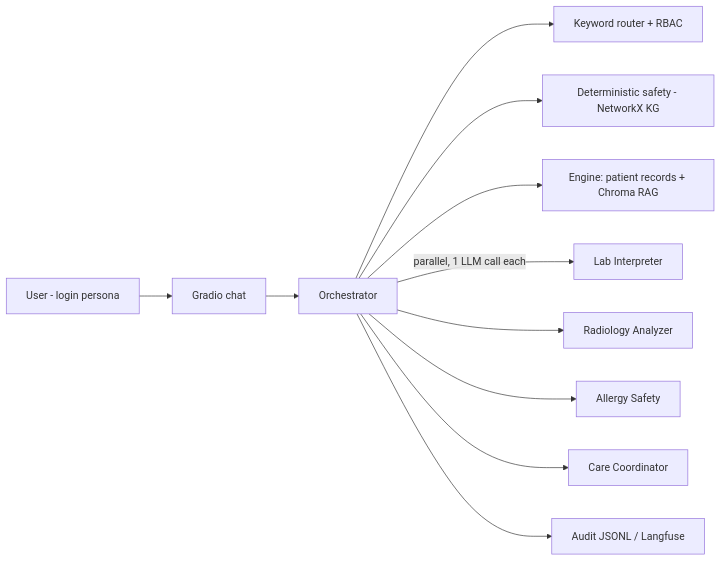
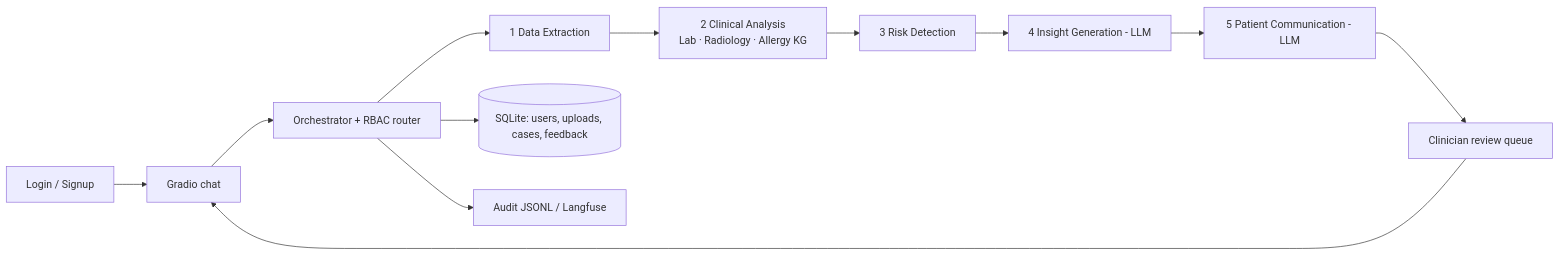
The diagram in README.md (surisuraj9/ClinicalChat), drawn with Mermaid before and after one commit. The commit also changed other lines of this file and 22 other files, not shown here.

First line of the commit message:
ClinicalChat v2: 5-agent clinical workflow, patient signup, uploads and clinician review

````diff
--- a/README.md
+++ b/README.md
@@ -57,13 +36,14 @@
 ```mermaid
 flowchart LR
-    U[User - login persona] --> UI[Gradio chat]
-    UI --> O[Orchestrator]
-    O --> R[Keyword router + RBAC]
-    O --> S[Deterministic safety - NetworkX KG]
-    O --> E[Engine: patient records + Chroma RAG]
-    O -->|parallel, 1 LLM call each| L[Lab Interpreter]
-    O --> RA[Radiology Analyzer]
-    O --> A[Allergy Safety]
-    O --> C[Care Coordinator]
+    U[Login / Signup] --> UI[Gradio chat]
+    UI --> O[Orchestrator + RBAC router]
+    O --> DE[1 Data Extraction]
+    DE --> CA[2 Clinical Analysis<br/>Lab · Radiology · Allergy KG]
+    CA --> RD[3 Risk Detection]
+    RD --> IG[4 Insight Generation - LLM]
+    IG --> PC[5 Patient Communication - LLM]
+    PC --> RQ[Clinician review queue]
+    RQ --> UI
+    O --> DB[(SQLite: users, uploads, cases, feedback)]
     O --> AU[Audit JSONL / Langfuse]
 ```
````
